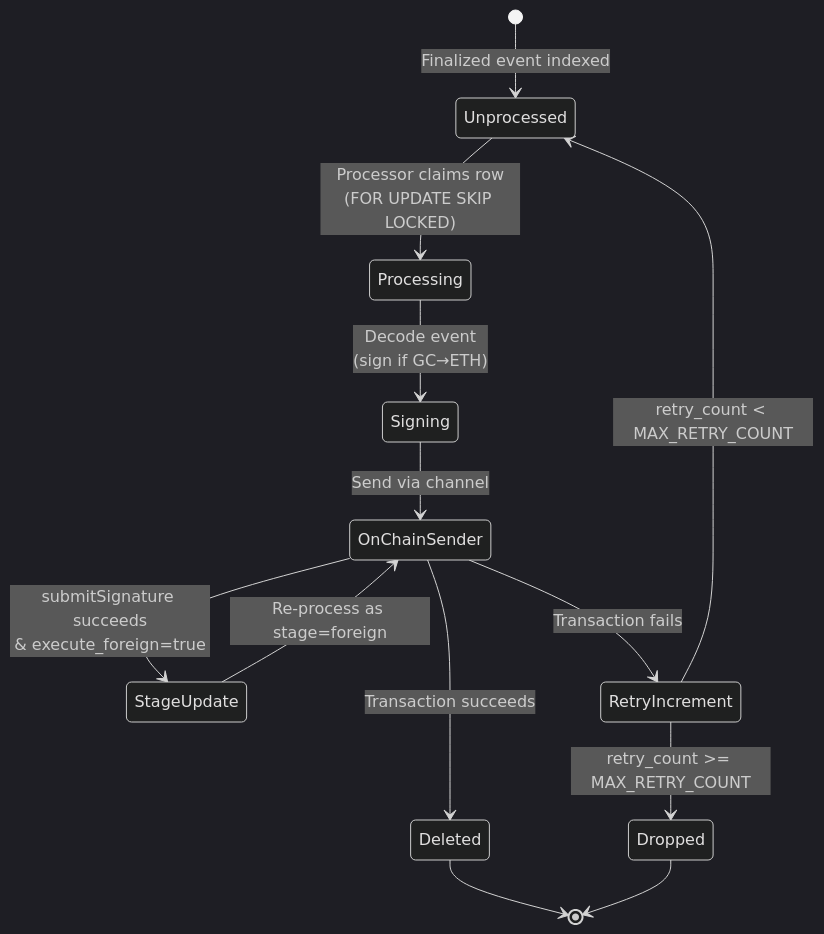
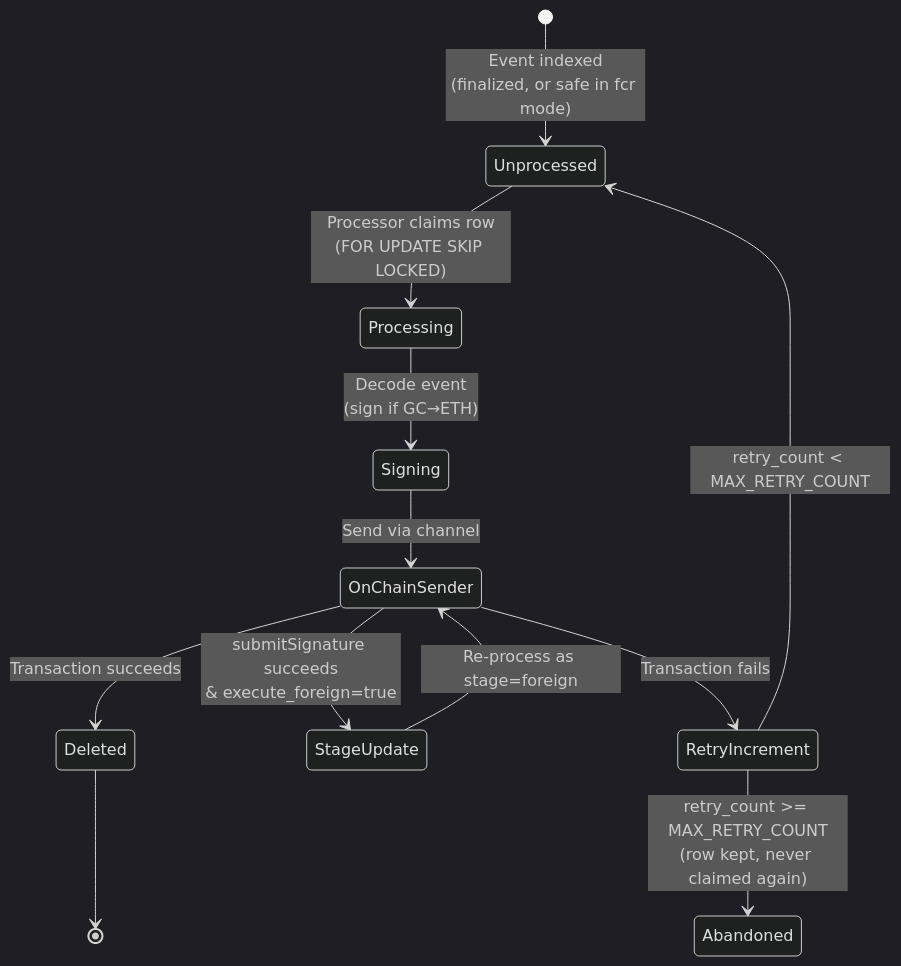
One commit to gnosischain/bridge-validator changed the third of 3 diagrams in README.md. Above: the diagram before and after it, drawn with Mermaid (dark theme). The commit also changed other lines of this file and 6 other files, not shown here.

````diff
--- a/README.md
+++ b/README.md
@@ -371,19 +394,18 @@
 ```mermaid
 stateDiagram-v2
-    [*] --> Unprocessed: Finalized event indexed
+    [*] --> Unprocessed: Event indexed<br/>(finalized, or safe in fcr mode)
     Unprocessed --> Processing: Processor claims row<br/>(FOR UPDATE SKIP LOCKED)
     Processing --> Signing: Decode event<br/>(sign if GC→ETH)
 
     Signing --> OnChainSender: Send via channel
 
     OnChainSender --> Deleted: Transaction succeeds
     OnChainSender --> StageUpdate: submitSignature succeeds<br/>& execute_foreign=true
     StageUpdate --> OnChainSender: Re-process as stage=foreign
 
     OnChainSender --> RetryIncrement: Transaction fails
     RetryIncrement --> Unprocessed: retry_count < MAX_RETRY_COUNT
-    RetryIncrement --> Dropped: retry_count >= MAX_RETRY_COUNT
+    RetryIncrement --> Abandoned: retry_count >= MAX_RETRY_COUNT<br/>(row kept, never claimed again)
 
     Deleted --> [*]
-    Dropped --> [*]
 ```
````
